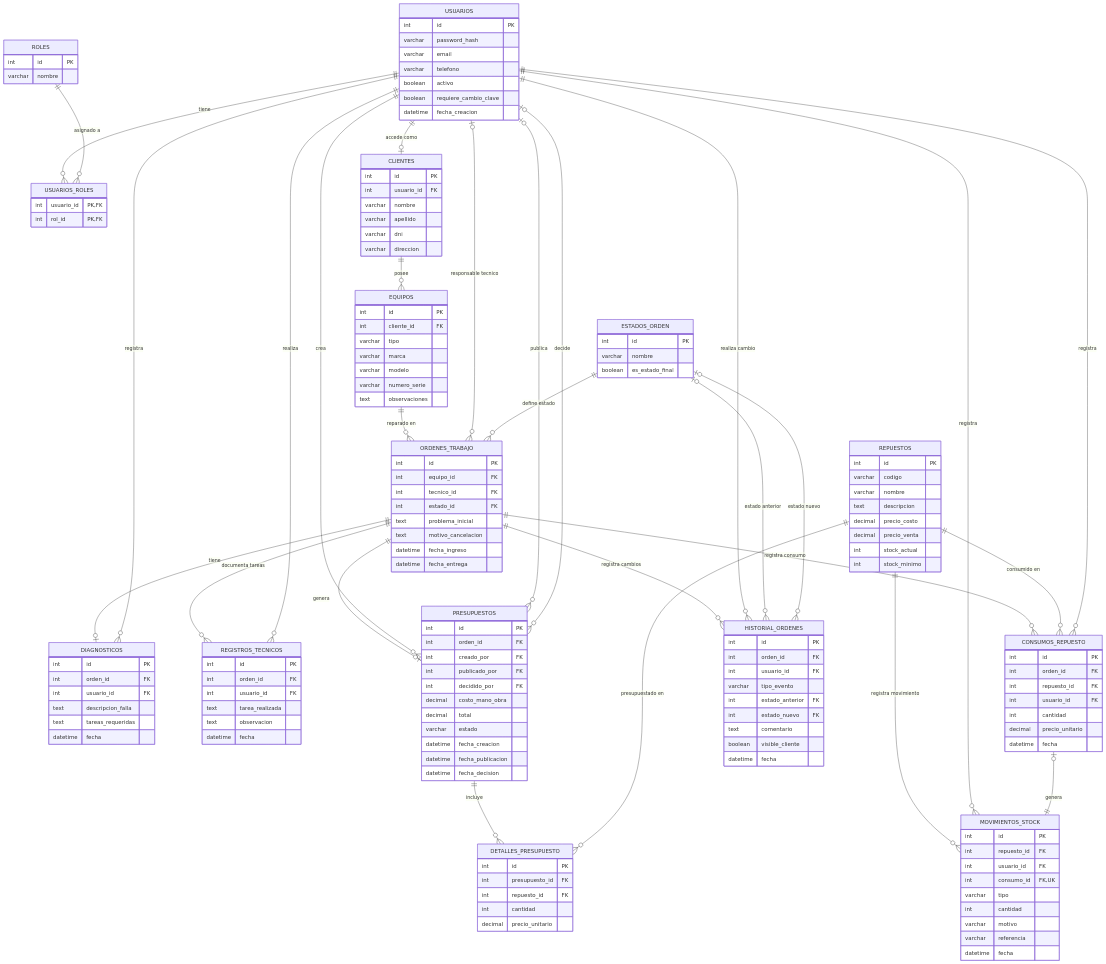
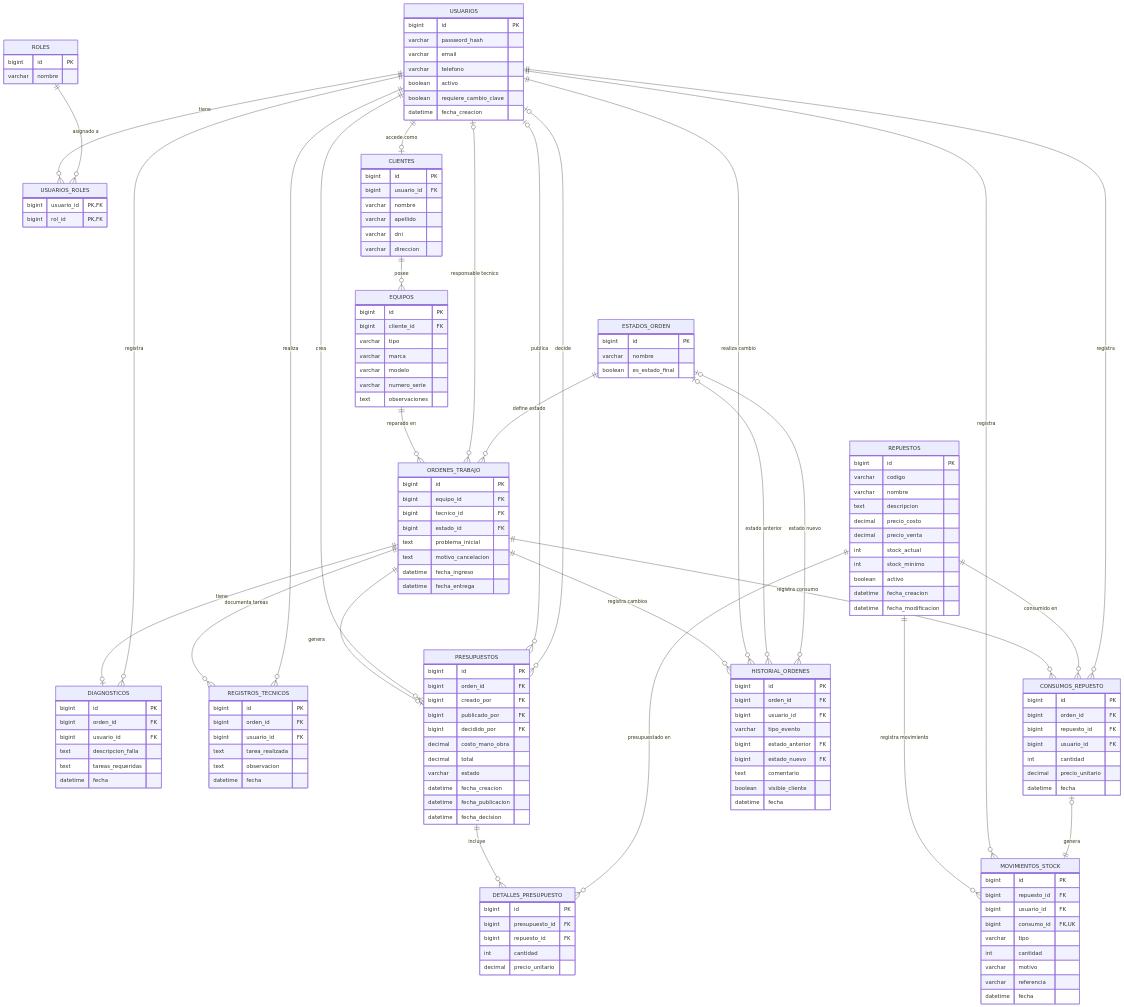
The diagram in docs/entregas/entrega_02/base_de_datos/bases_datos.md (damiannogueira/fixhub), drawn with Mermaid before and after one commit. The commit also changed other lines of this file and 8 other files, not shown here.

```diff
--- a/docs/entregas/entrega_02/base_de_datos/bases_datos.md
+++ b/docs/entregas/entrega_02/base_de_datos/bases_datos.md
@@ -45,7 +45,7 @@
     ESTADOS_ORDEN o|--o{ HISTORIAL_ORDENES : "estado nuevo"
 
     USUARIOS {
-        int id PK
+        bigint id PK
         varchar password_hash
         varchar email
         varchar telefono
@@ -55,18 +55,18 @@
     }
 
     ROLES {
-        int id PK
+        bigint id PK
         varchar nombre
     }
 
     USUARIOS_ROLES {
-        int usuario_id PK,FK
-        int rol_id PK,FK
+        bigint usuario_id PK,FK
+        bigint rol_id PK,FK
     }
 
     CLIENTES {
-        int id PK
-        int usuario_id FK
+        bigint id PK
+        bigint usuario_id FK
         varchar nombre
         varchar apellido
         varchar dni
@@ -74,8 +74,8 @@
     }
 
     EQUIPOS {
-        int id PK
-        int cliente_id FK
+        bigint id PK
+        bigint cliente_id FK
         varchar tipo
         varchar marca
         varchar modelo
@@ -84,16 +84,16 @@
     }
 
     ESTADOS_ORDEN {
-        int id PK
+        bigint id PK
         varchar nombre
         boolean es_estado_final
     }
 
     ORDENES_TRABAJO {
-        int id PK
-        int equipo_id FK
-        int tecnico_id FK
-        int estado_id FK
+        bigint id PK
+        bigint equipo_id FK
+        bigint tecnico_id FK
+        bigint estado_id FK
         text problema_inicial
         text motivo_cancelacion
         datetime fecha_ingreso
@@ -101,29 +101,29 @@
     }
 
     DIAGNOSTICOS {
-        int id PK
-        int orden_id FK
-        int usuario_id FK
+        bigint id PK
+        bigint orden_id FK
+        bigint usuario_id FK
         text descripcion_falla
         text tareas_requeridas
         datetime fecha
     }
 
     REGISTROS_TECNICOS {
-        int id PK
-        int orden_id FK
-        int usuario_id FK
+        bigint id PK
+        bigint orden_id FK
+        bigint usuario_id FK
         text tarea_realizada
         text observacion
         datetime fecha
     }
 
     PRESUPUESTOS {
-        int id PK
-        int orden_id FK
-        int creado_por FK
-        int publicado_por FK
-        int decidido_por FK
+        bigint id PK
+        bigint orden_id FK
+        bigint creado_por FK
+        bigint publicado_por FK
+        bigint decidido_por FK
         decimal costo_mano_obra
         decimal total
         varchar estado
@@ -133,7 +133,7 @@
     }
 
     REPUESTOS {
-        int id PK
+        bigint id PK
         varchar codigo
         varchar nombre
         text descripcion
@@ -141,31 +141,34 @@
         decimal precio_venta
         int stock_actual
         int stock_minimo
+        boolean activo
+        datetime fecha_creacion
+        datetime fecha_modificacion
     }
 
     DETALLES_PRESUPUESTO {
-        int id PK
-        int presupuesto_id FK
-        int repuesto_id FK
+        bigint id PK
+        bigint presupuesto_id FK
+        bigint repuesto_id FK
         int cantidad
         decimal precio_unitario
     }
 
     CONSUMOS_REPUESTO {
-        int id PK
-        int orden_id FK
-        int repuesto_id FK
-        int usuario_id FK
+        bigint id PK
+        bigint orden_id FK
+        bigint repuesto_id FK
+        bigint usuario_id FK
         int cantidad
         decimal precio_unitario
         datetime fecha
     }
 
     MOVIMIENTOS_STOCK {
-        int id PK
-        int repuesto_id FK
-        int usuario_id FK
-        int consumo_id FK,UK
+        bigint id PK
+        bigint repuesto_id FK
+        bigint usuario_id FK
+        bigint consumo_id FK,UK
         varchar tipo
         int cantidad
         varchar motivo
@@ -174,12 +177,12 @@
     }
 
     HISTORIAL_ORDENES {
-        int id PK
-        int orden_id FK
-        int usuario_id FK
+        bigint id PK
+        bigint orden_id FK
+        bigint usuario_id FK
         varchar tipo_evento
-        int estado_anterior FK
-        int estado_nuevo FK
+        bigint estado_anterior FK
+        bigint estado_nuevo FK
         text comentario
         boolean visible_cliente
         datetime fecha
```
